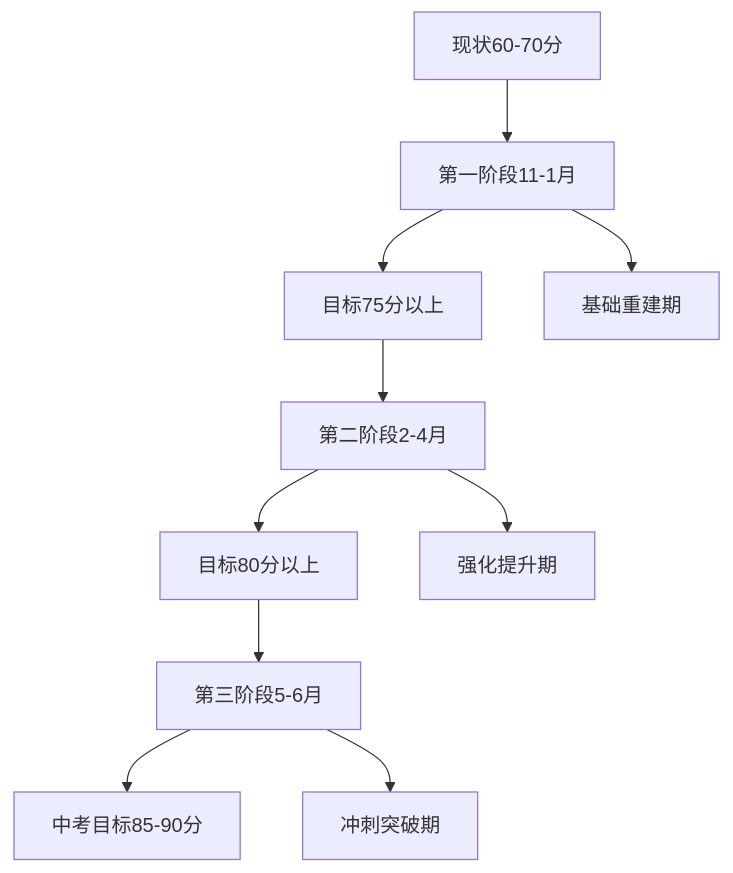
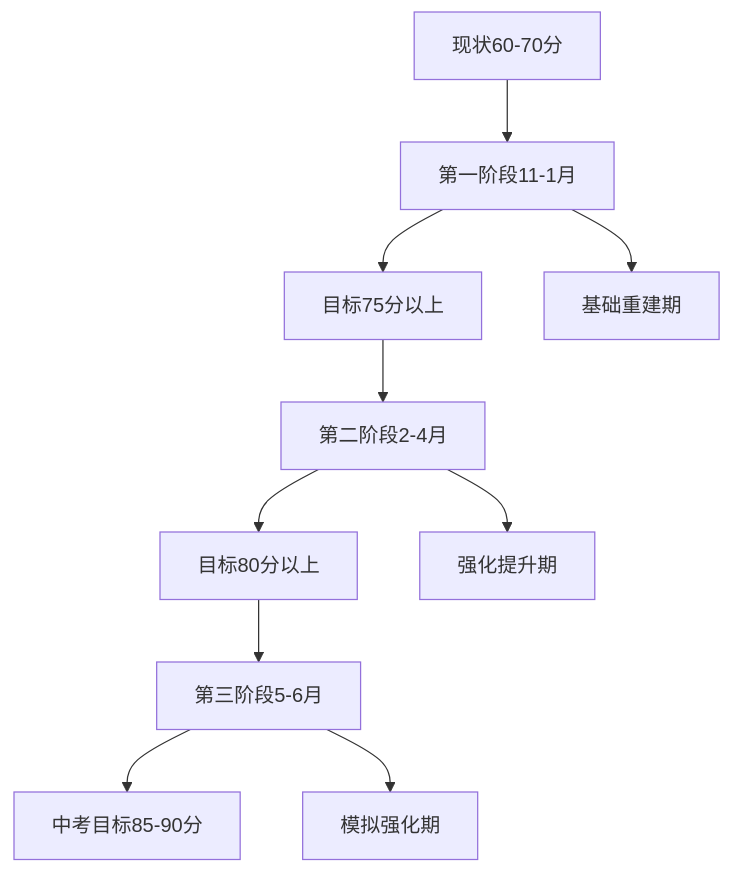
Before and after one commit to nonomil/junior-high-study-rebuild: the diagram in docs-v2/00-主索引-初中学习低分重建完整指南.md, drawn with Mermaid. The commit also changed other lines of this file and 42 other files, not shown here.

````diff
--- a/docs-v2/00-主索引-初中学习低分重建完整指南.md
+++ b/docs-v2/00-主索引-初中学习低分重建完整指南.md
@@ -74,13 +72,13 @@
 ```mermaid
 graph TD
     A[现状60-70分] --> B[第一阶段11-1月]
     B --> C[目标75分以上]
     C --> D[第二阶段2-4月]
     D --> E[目标80分以上]
     E --> F[第三阶段5-6月]
     F --> G[中考目标85-90分]
     
     B --> B1[基础重建期]
     D --> D1[强化提升期]
-    F --> F1[冲刺突破期]
+    F --> F1[模拟强化期]
 ```
````
